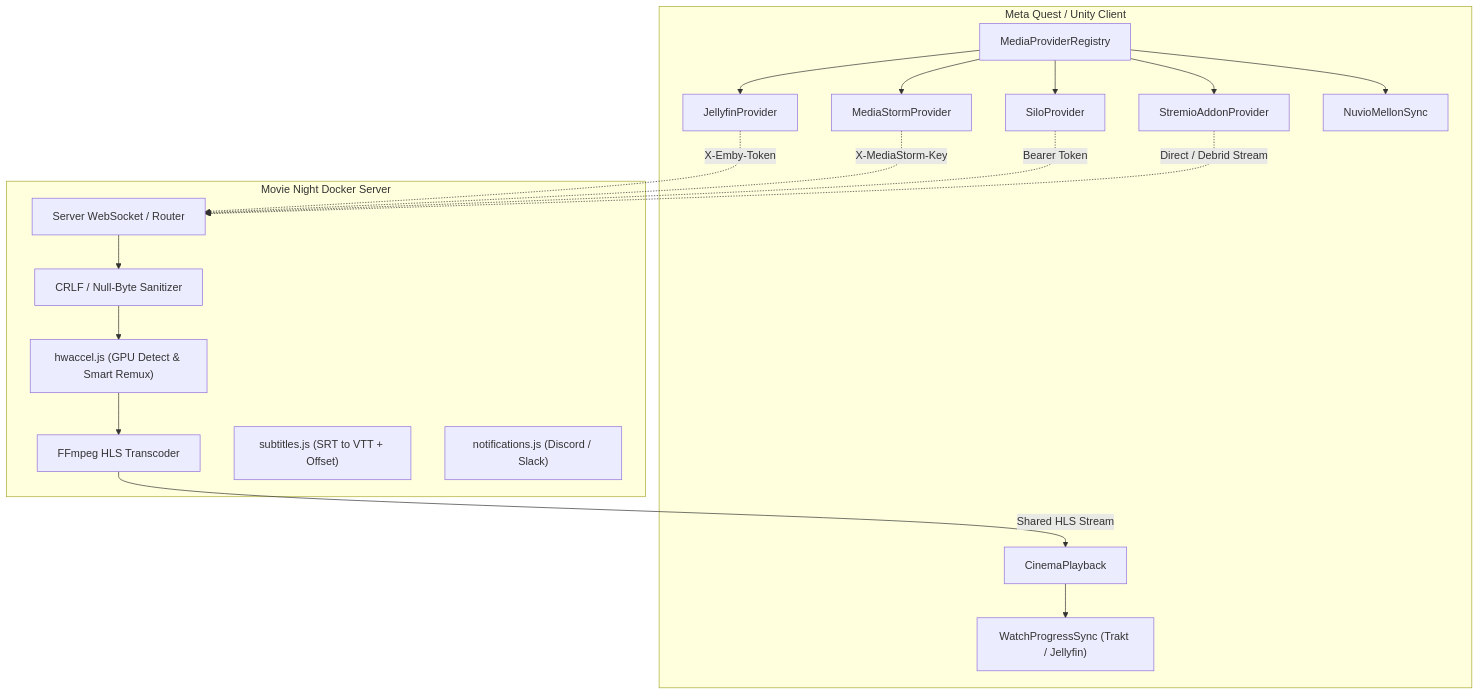
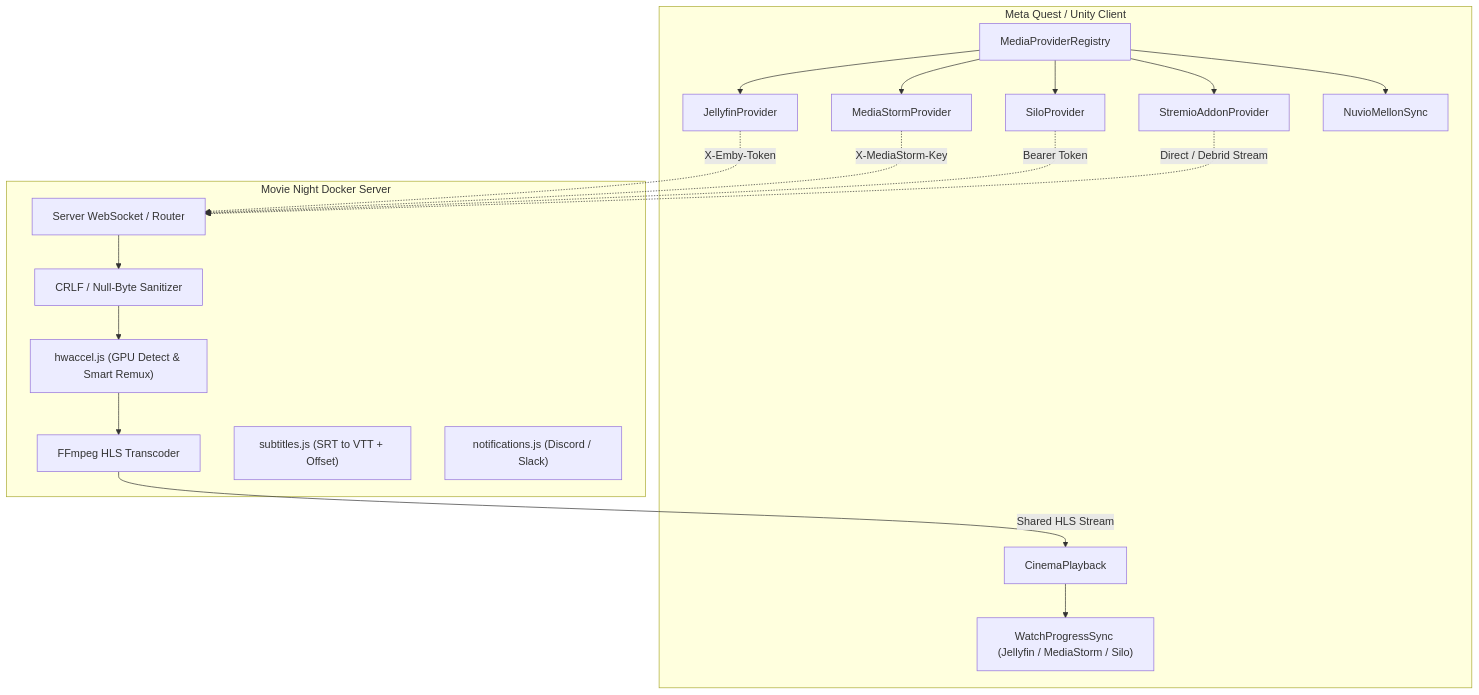
Before and after one commit to JeremyLakeyJr/stremio-vr: the diagram in README.md, drawn with Mermaid. The commit also changed other lines of this file and 1 other file, not shown here.

Commit message:
refactor: remove redundant client-side Trakt/Simkl scrobbling in favor of server-side reporting

````diff
--- a/README.md
+++ b/README.md
@@ -71,39 +71,39 @@
 ```mermaid
 flowchart TD
     subgraph Unity ["Meta Quest / Unity Client"]
         Reg["MediaProviderRegistry"]
         JF["JellyfinProvider"]
         MS["MediaStormProvider"]
         SI["SiloProvider"]
         ST["StremioAddonProvider"]
         NV["NuvioMellonSync"]
-        WP["WatchProgressSync (Trakt / Jellyfin)"]
+        WP["WatchProgressSync (Jellyfin / MediaStorm / Silo)"]
         Playback["CinemaPlayback"]
 
         Reg --> JF
         Reg --> MS
         Reg --> SI
         Reg --> ST
         Reg --> NV
         Playback --> WP
     end
 
     subgraph Server ["Movie Night Docker Server"]
         Router["Server WebSocket / Router"]
         Sanitize["CRLF / Null-Byte Sanitizer"]
         HW["hwaccel.js (GPU Detect & Smart Remux)"]
         FFmpeg["FFmpeg HLS Transcoder"]
         Subs["subtitles.js (SRT to VTT + Offset)"]
         Notif["notifications.js (Discord / Slack)"]
 
         Router --> Sanitize
         Sanitize --> HW
         HW --> FFmpeg
     end
 
     JF -.->|"X-Emby-Token"| Router
     MS -.->|"X-MediaStorm-Key"| Router
     SI -.->|"Bearer Token"| Router
     ST -.->|"Direct / Debrid Stream"| Router
     FFmpeg -->|"Shared HLS Stream"| Playback
 ```
````
